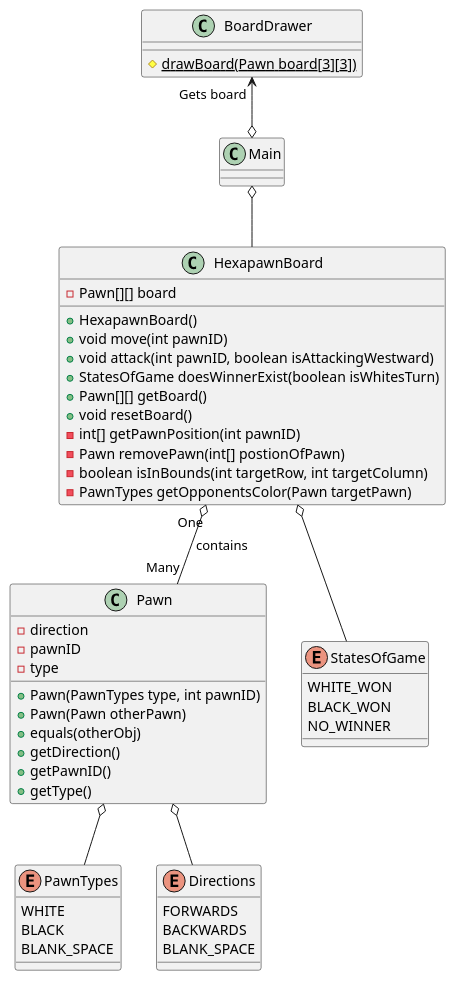
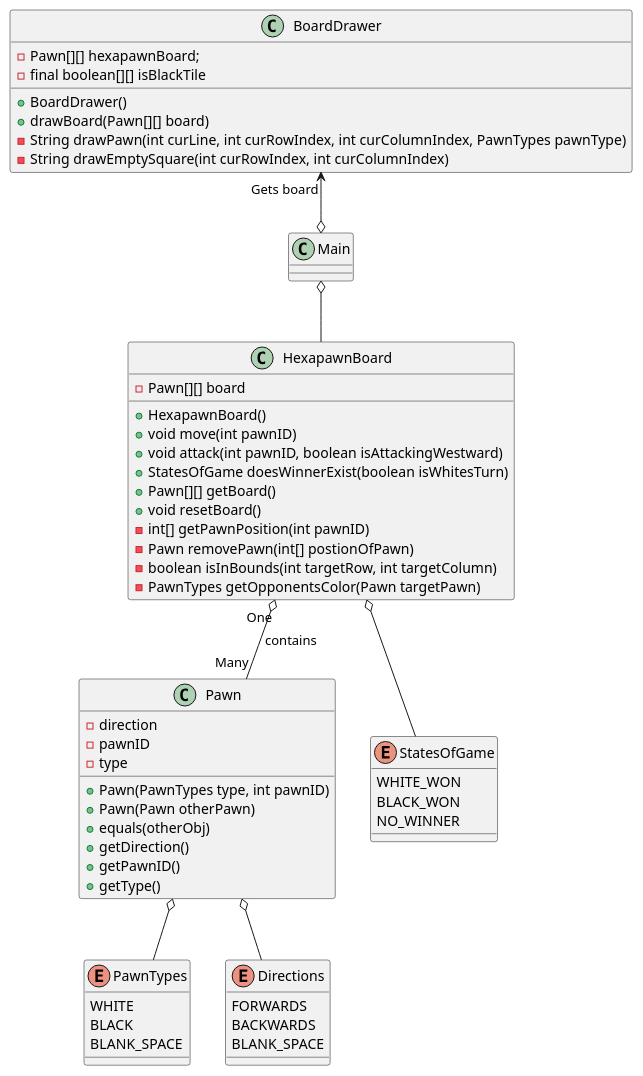
One commit to builderJP/hexapawn changed the diagram in src/HexapawnClassDiagram.puml. Above: the diagram before and after it, drawn with PlantUML.

Commit message:
Docs: Updated UML Diagram

```diff
--- a/src/HexapawnClassDiagram.puml
+++ b/src/HexapawnClassDiagram.puml
@@ -1,64 +1,69 @@
 @startuml
 'https://plantuml.com/class-diagram
 
 
 class Pawn{
     - direction
     - {field} pawnID
     - type
     + Pawn(PawnTypes type, int pawnID)
     + Pawn(Pawn otherPawn)
     + equals(otherObj)
     + getDirection()
     + getPawnID()
     + getType()
 }
 
 class HexapawnBoard{
     - Pawn[][] board
     + HexapawnBoard()
     + void move(int pawnID)
     + void attack(int pawnID, boolean isAttackingWestward)
     + StatesOfGame doesWinnerExist(boolean isWhitesTurn)
     + Pawn[][] getBoard()
     + void resetBoard()
     - int[] getPawnPosition(int pawnID)
     - Pawn removePawn(int[] postionOfPawn)
     - boolean isInBounds(int targetRow, int targetColumn)
     - PawnTypes getOpponentsColor(Pawn targetPawn)
 }
 
 class BoardDrawer{
-    # {static} drawBoard(Pawn board[3][3])
+    - Pawn[][] hexapawnBoard;
+    - final boolean[][] isBlackTile
+    + BoardDrawer()
+    + drawBoard(Pawn[][] board)
+    - String drawPawn(int curLine, int curRowIndex, int curColumnIndex, PawnTypes pawnType)
+    - String drawEmptySquare(int curRowIndex, int curColumnIndex)
 }
 
 class Main{
 
 }
 
 enum PawnTypes{
     WHITE
     BLACK
     BLANK_SPACE
 }
 
 enum Directions{
     FORWARDS
     BACKWARDS
     BLANK_SPACE
 }
 
 enum StatesOfGame{
     WHITE_WON
     BLACK_WON
     NO_WINNER
 }
 
 Pawn o-- PawnTypes
 Pawn o-- Directions
 HexapawnBoard o-- StatesOfGame
 BoardDrawer "Gets board" <--o Main
 Main o-- HexapawnBoard
 HexapawnBoard "One" o-- "Many" Pawn : contains
 
 @enduml
```
